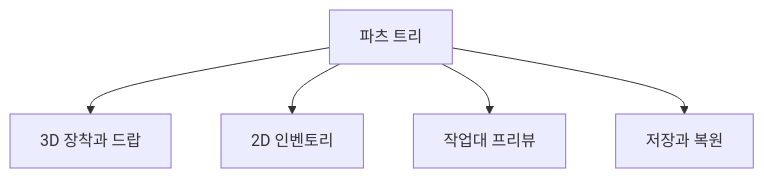
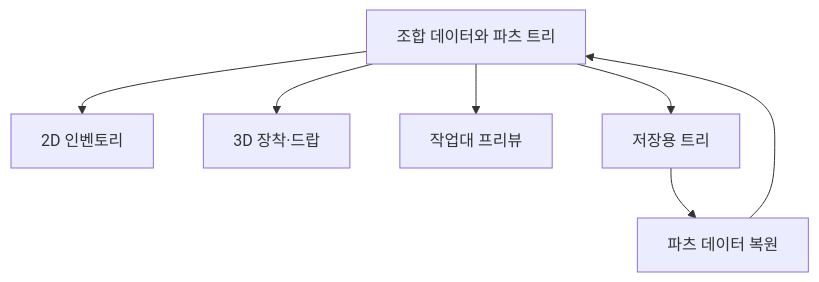
One commit to imjae/imjae.github.io changed the diagram in content/articles/tools/modular-equipment.md. Above: the diagram before and after it, drawn with Mermaid. The commit also changed other lines of this file, not shown here.

````diff
--- a/content/articles/tools/modular-equipment.md
+++ b/content/articles/tools/modular-equipment.md
@@ -21,7 +21,9 @@
 ```mermaid
 flowchart TD
-    D[파츠 트리] --> A[3D 장착과 드랍]
-    D --> B[2D 인벤토리]
+    D[조합 데이터와 파츠 트리] --> A[2D 인벤토리]
+    D --> B[3D 장착·드랍]
     D --> C[작업대 프리뷰]
-    D --> S[저장과 복원]
+    D --> S[저장용 트리]
+    S --> R[파츠 데이터 복원]
+    R --> D
 ```
````
